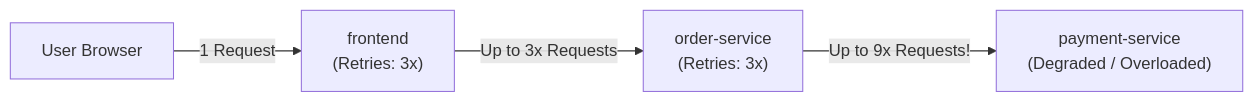
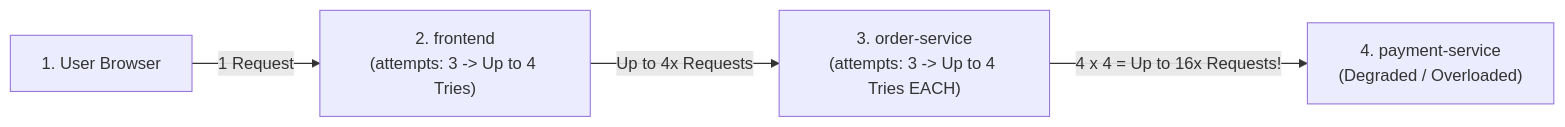
One commit to chan3845/Istio changed the second of 5 diagrams in 05-resilience-and-fault-injection/README.md. Above: the diagram before and after it, drawn with Mermaid. The commit also changed other lines of this file and 56 other files, not shown here.

````diff
--- a/05-resilience-and-fault-injection/README.md
+++ b/05-resilience-and-fault-injection/README.md
@@ -92,6 +78,6 @@
 ```mermaid
 flowchart LR
-    Client["User Browser"] -->|1 Request| FE["frontend<br/>(Retries: 3x)"]
-    FE -->|Up to 3x Requests| OS["order-service<br/>(Retries: 3x)"]
-    OS -->|Up to 9x Requests!| PS["payment-service<br/>(Degraded / Overloaded)"]
+    Client["1. User Browser"] -->|"1 Request"| FE["2. frontend<br/>(attempts: 3 -> Up to 4 Tries)"]
+    FE -->|"Up to 4x Requests"| OS["3. order-service<br/>(attempts: 3 -> Up to 4 Tries EACH)"]
+    OS -->|"4 x 4 = Up to 16x Requests!"| PS["4. payment-service<br/>(Degraded / Overloaded)"]
 ```
````
